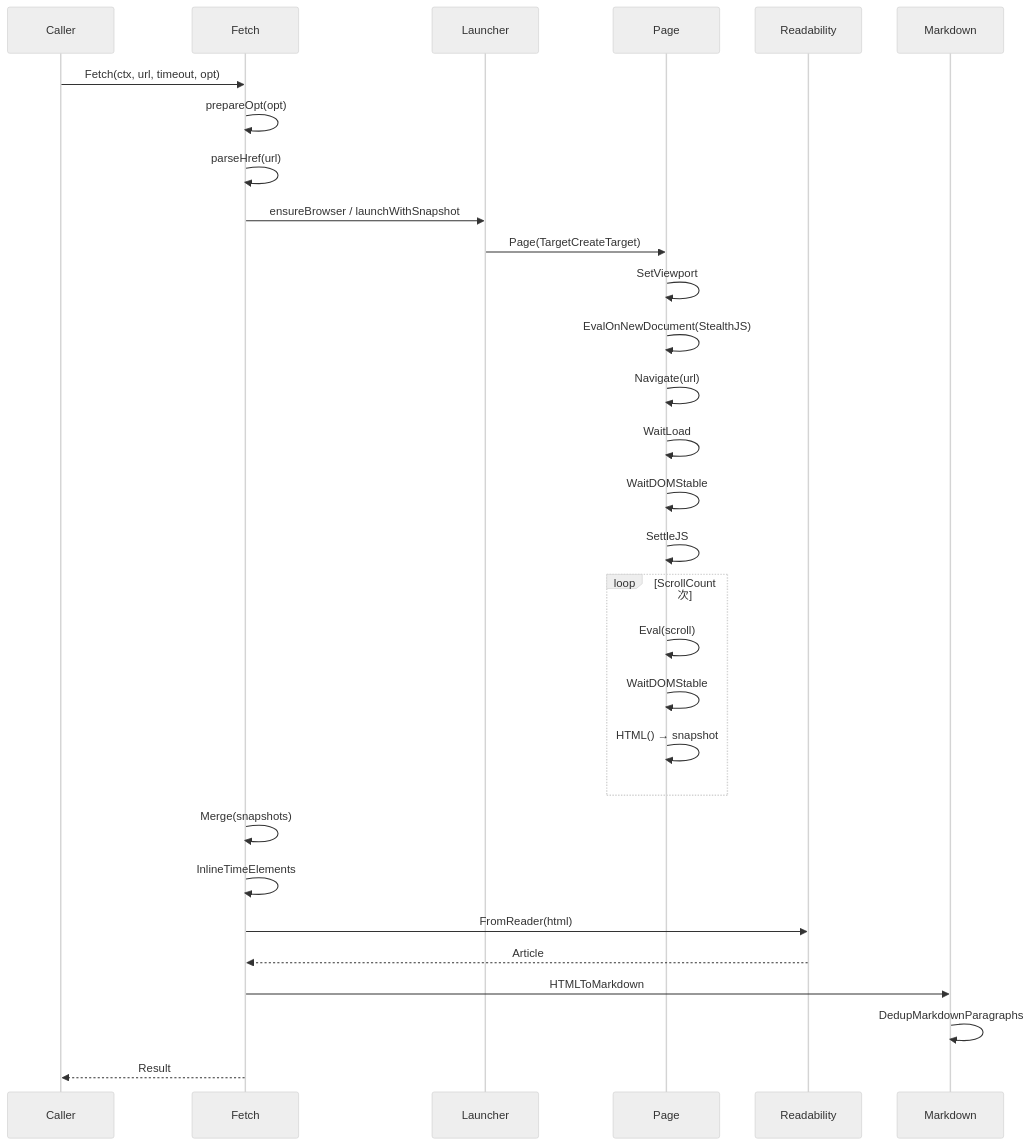
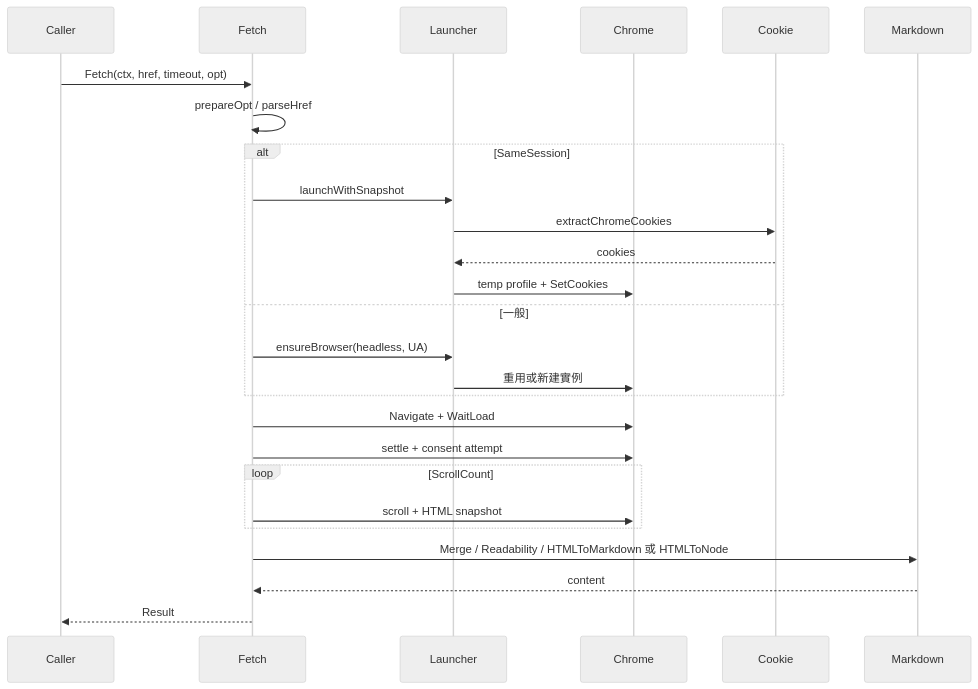
One commit to pardnchiu/go-browser changed the sixth of 7 diagrams in doc/architecture.zh.md. Above: the diagram before and after it, drawn with Mermaid (neutral theme). The commit also changed other lines of this file and 5 other files, not shown here.

Commit message:
doc: Rewrite docs for Chrome content extraction and package rename

````diff
--- a/doc/architecture.zh.md
+++ b/doc/architecture.zh.md
@@ -144,33 +123,28 @@
 ```mermaid
 sequenceDiagram
     participant Caller
     participant Fetch
     participant Launcher
-    participant Page
-    participant Readability
+    participant Chrome
+    participant Cookie
     participant Markdown
-
-    Caller->>Fetch: Fetch(ctx, url, timeout, opt)
-    Fetch->>Fetch: prepareOpt(opt)
-    Fetch->>Fetch: parseHref(url)
-    Fetch->>Launcher: ensureBrowser / launchWithSnapshot
-    Launcher->>Page: Page(TargetCreateTarget)
-    Page->>Page: SetViewport
-    Page->>Page: EvalOnNewDocument(StealthJS)
-    Page->>Page: Navigate(url)
-    Page->>Page: WaitLoad
-    Page->>Page: WaitDOMStable
-    Page->>Page: SettleJS
-    loop ScrollCount 次
-        Page->>Page: Eval(scroll)
-        Page->>Page: WaitDOMStable
-        Page->>Page: HTML() → snapshot
+    Caller->>Fetch: Fetch(ctx, href, timeout, opt)
+    Fetch->>Fetch: prepareOpt / parseHref
+    alt SameSession
+        Fetch->>Launcher: launchWithSnapshot
+        Launcher->>Cookie: extractChromeCookies
+        Cookie-->>Launcher: cookies
+        Launcher->>Chrome: temp profile + SetCookies
+    else 一般
+        Fetch->>Launcher: ensureBrowser(headless, UA)
+        Launcher->>Chrome: 重用或新建實例
     end
-    Fetch->>Fetch: Merge(snapshots)
-    Fetch->>Fetch: InlineTimeElements
-    Fetch->>Readability: FromReader(html)
-    Readability-->>Fetch: Article
-    Fetch->>Markdown: HTMLToMarkdown
-    Markdown->>Markdown: DedupMarkdownParagraphs
+    Fetch->>Chrome: Navigate + WaitLoad
+    Fetch->>Chrome: settle + consent attempt
+    loop ScrollCount
+        Fetch->>Chrome: scroll + HTML snapshot
+    end
+    Fetch->>Markdown: Merge / Readability / HTMLToMarkdown 或 HTMLToNode
+    Markdown-->>Fetch: content
     Fetch-->>Caller: Result
 ```
````
